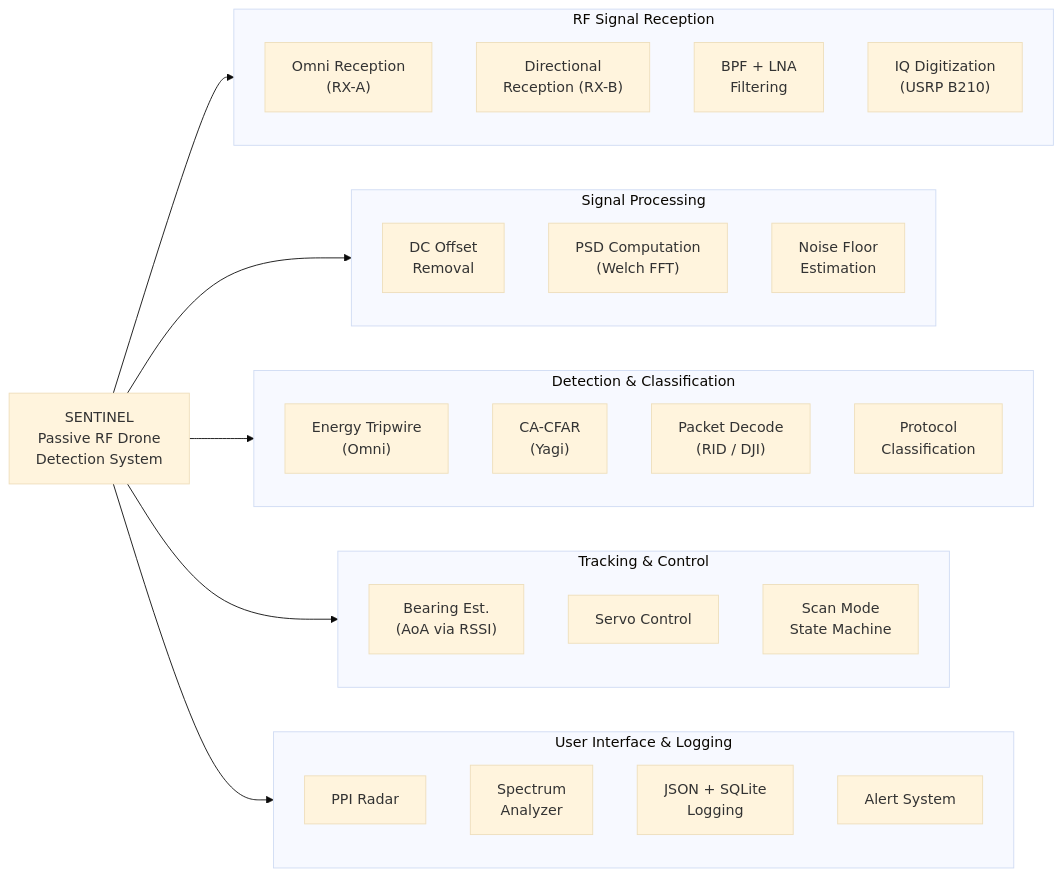
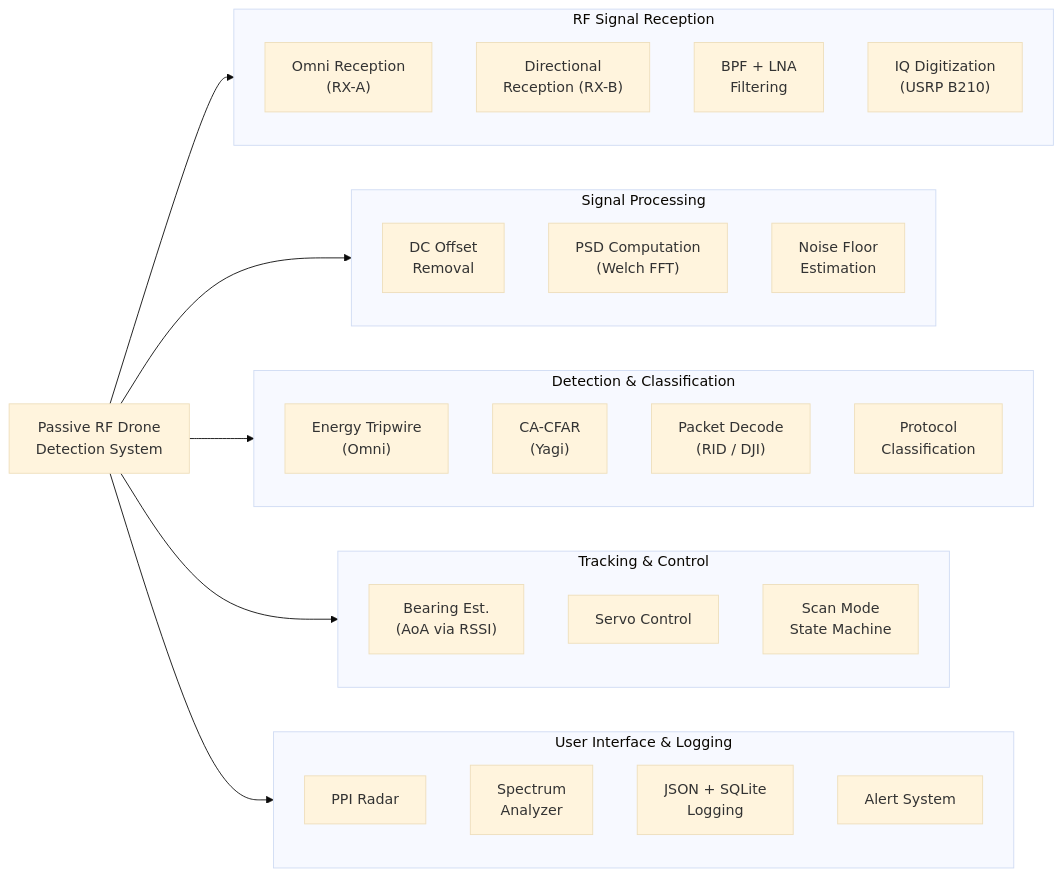
Before and after one commit to sschu48/senior-design: the diagram in report/mermaid_diagrams/mermaid_src/fig4_function_decomposition.mermaid, drawn with Mermaid (base theme). The commit also changed 4 other files, not shown here.

Commit message:
docs: update progress report, function decomposition, and gantt chart

```diff
--- a/report/mermaid_diagrams/mermaid_src/fig4_function_decomposition.mermaid
+++ b/report/mermaid_diagrams/mermaid_src/fig4_function_decomposition.mermaid
@@ -1,41 +1,41 @@
 graph LR
-    ROOT["SENTINEL<br/>Passive RF Drone<br/>Detection System"]
+    ROOT["Passive RF Drone<br/>Detection System"]
 
     subgraph RF["RF Signal Reception"]
         RF1["Omni Reception<br/>(RX-A)"]
         RF2["Directional<br/>Reception (RX-B)"]
         RF3["BPF + LNA<br/>Filtering"]
         RF4["IQ Digitization<br/>(USRP B210)"]
     end
 
     subgraph DSP["Signal Processing"]
         DSP1["DC Offset<br/>Removal"]
         DSP2["PSD Computation<br/>(Welch FFT)"]
         DSP3["Noise Floor<br/>Estimation"]
     end
 
     subgraph DET["Detection & Classification"]
         DET1["Energy Tripwire<br/>(Omni)"]
         DET2["CA-CFAR<br/>(Yagi)"]
         DET3["Packet Decode<br/>(RID / DJI)"]
         DET4["Protocol<br/>Classification"]
     end
 
     subgraph TRK["Tracking & Control"]
         TRK1["Bearing Est.<br/>(AoA via RSSI)"]
         TRK2["Servo Control"]
         TRK3["Scan Mode<br/>State Machine"]
     end
 
     subgraph UI["User Interface & Logging"]
         UI1["PPI Radar"]
         UI2["Spectrum<br/>Analyzer"]
         UI3["JSON + SQLite<br/>Logging"]
         UI4["Alert System"]
     end
 
     ROOT --> RF
     ROOT --> DSP
     ROOT --> DET
     ROOT --> TRK
     ROOT --> UI
```
